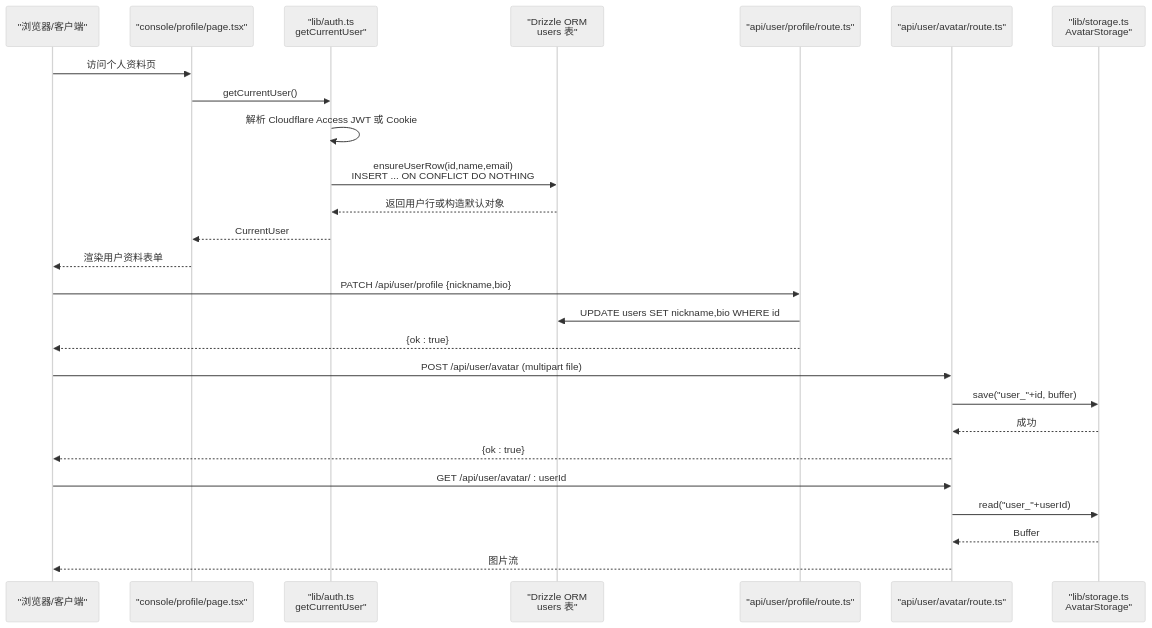
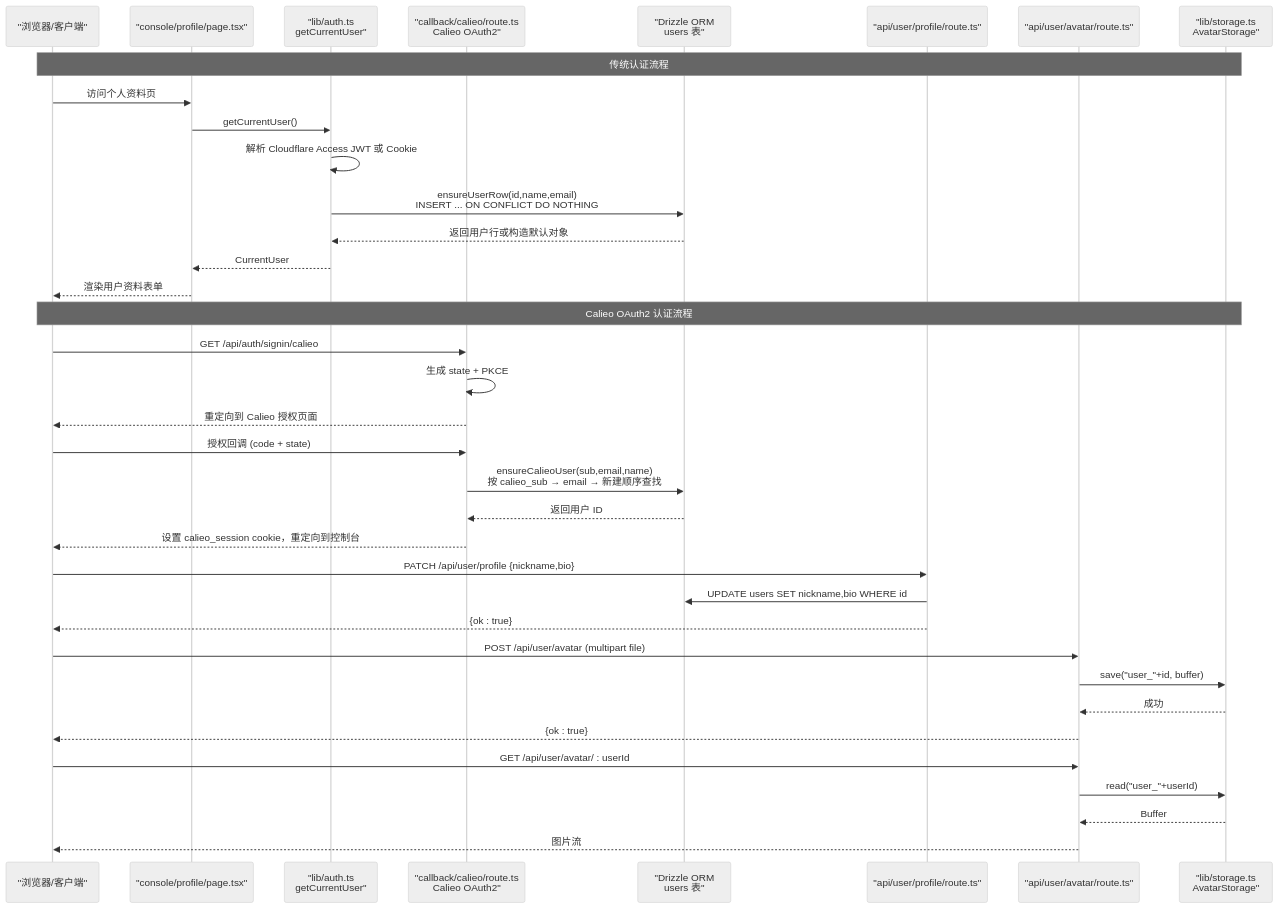
The second of 11 diagrams in .qoder/repowiki/zh/content/架构设计/认证架构设计/用户信息管理.md (pnnh/weable), drawn with Mermaid (neutral theme) before and after one commit. The commit also changed other lines of this file and 187 other files, not shown here.

````diff
--- a/.qoder/repowiki/zh/content/架构设计/认证架构设计/用户信息管理.md
+++ b/.qoder/repowiki/zh/content/架构设计/认证架构设计/用户信息管理.md
@@ -118,28 +143,38 @@
 ```mermaid
 sequenceDiagram
 participant Client as "浏览器/客户端"
 participant Page as "console/profile/page.tsx"
 participant Auth as "lib/auth.ts<br/>getCurrentUser"
+participant CalieoAuth as "callback/calieo/route.ts<br/>Calieo OAuth2"
 participant DB as "Drizzle ORM<br/>users 表"
 participant ProfileAPI as "api/user/profile/route.ts"
 participant AvatarAPI as "api/user/avatar/route.ts"
 participant Storage as "lib/storage.ts<br/>AvatarStorage"
+Note over Client,Storage : 传统认证流程
 Client->>Page : 访问个人资料页
 Page->>Auth : getCurrentUser()
 Auth->>Auth : 解析 Cloudflare Access JWT 或 Cookie
 Auth->>DB : ensureUserRow(id,name,email)<br/>INSERT ... ON CONFLICT DO NOTHING
 DB-->>Auth : 返回用户行或构造默认对象
 Auth-->>Page : CurrentUser
 Page-->>Client : 渲染用户资料表单
+Note over Client,Storage : Calieo OAuth2 认证流程
+Client->>CalieoAuth : GET /api/auth/signin/calieo
+CalieoAuth->>CalieoAuth : 生成 state + PKCE
+CalieoAuth-->>Client : 重定向到 Calieo 授权页面
+Client->>CalieoAuth : 授权回调 (code + state)
+CalieoAuth->>DB : ensureCalieoUser(sub,email,name)<br/>按 calieo_sub → email → 新建顺序查找
+DB-->>CalieoAuth : 返回用户 ID
+CalieoAuth-->>Client : 设置 calieo_session cookie，重定向到控制台
 Client->>ProfileAPI : PATCH /api/user/profile {nickname,bio}
 ProfileAPI->>DB : UPDATE users SET nickname,bio WHERE id
 ProfileAPI-->>Client : {ok : true}
 Client->>AvatarAPI : POST /api/user/avatar (multipart file)
 AvatarAPI->>Storage : save("user_"+id, buffer)
 Storage-->>AvatarAPI : 成功
 AvatarAPI-->>Client : {ok : true}
 Client->>AvatarAPI : GET /api/user/avatar/ : userId
 AvatarAPI->>Storage : read("user_"+userId)
 Storage-->>AvatarAPI : Buffer
 AvatarAPI-->>Client : 图片流
 ```
````
